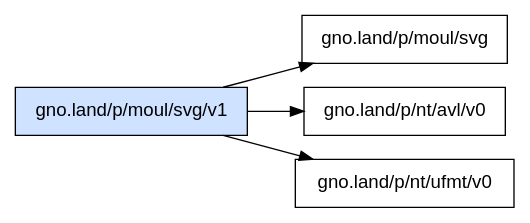
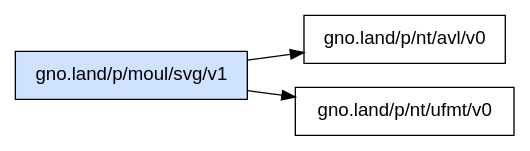
One commit to moul/gno-contracts changed the diagram in _assets/gno.land/p/moul/svg/v1/deps.dot. Above: the diagram before and after it, drawn with Graphviz. The commit also changed 7 other files, not shown here.

Commit message:
chore: regenerate catalog + READMEs + graphs

```diff
--- a/_assets/gno.land/p/moul/svg/v1/deps.dot
+++ b/_assets/gno.land/p/moul/svg/v1/deps.dot
@@ -1,8 +1,7 @@
 digraph deps {
   rankdir=LR;
   node [shape=box, fontname="sans-serif"];
   "gno.land/p/moul/svg/v1" [style=filled, fillcolor="#cfe2ff"];
-  "gno.land/p/moul/svg/v1" -> "gno.land/p/moul/svg";
   "gno.land/p/moul/svg/v1" -> "gno.land/p/nt/avl/v0";
   "gno.land/p/moul/svg/v1" -> "gno.land/p/nt/ufmt/v0";
 }
```
